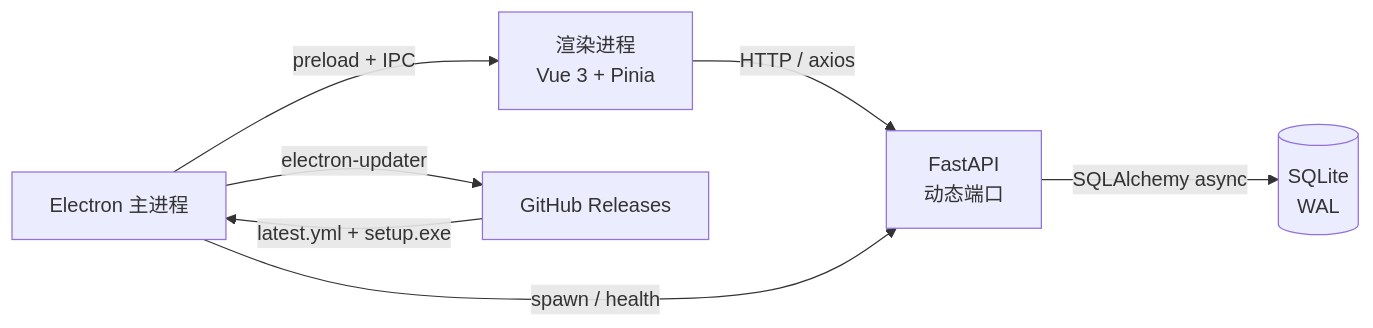
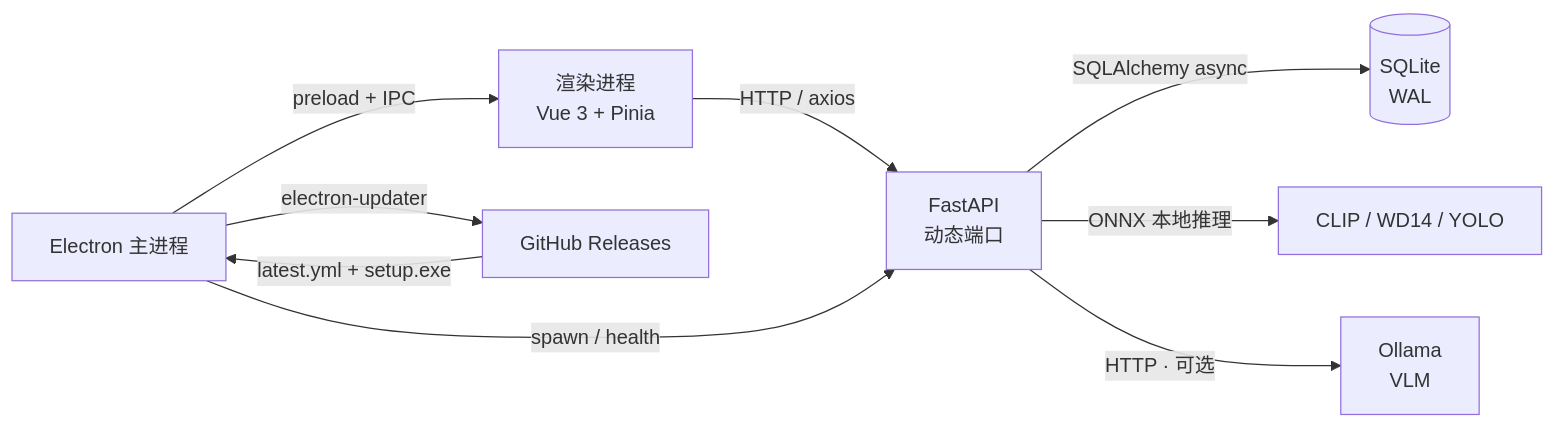
One commit to MyLoveou/local-resource-manager changed the diagram in docs/经验总结/01-架构全景.md. Above: the diagram before and after it, drawn with Mermaid. The commit also changed other lines of this file, not shown here.

First line of the commit message:
docs(experience): add the AI module to the architecture overview

````diff
--- a/docs/经验总结/01-架构全景.md
+++ b/docs/经验总结/01-架构全景.md
@@ -25,9 +26,11 @@
 ```mermaid
 flowchart LR
   R["渲染进程<br/>Vue 3 + Pinia"] -->|"HTTP / axios"| F["FastAPI<br/>动态端口"]
   M["Electron 主进程"] -->|"spawn / health"| F
   M -->|"preload + IPC"| R
   F -->|"SQLAlchemy async"| D[("SQLite<br/>WAL")]
+  F -->|"ONNX 本地推理"| A["CLIP / WD14 / YOLO"]
+  F -->|"HTTP · 可选"| O["Ollama<br/>VLM"]
   M -->|"electron-updater"| U["GitHub Releases"]
   U -->|"latest.yml + setup.exe"| M
 ```
````
